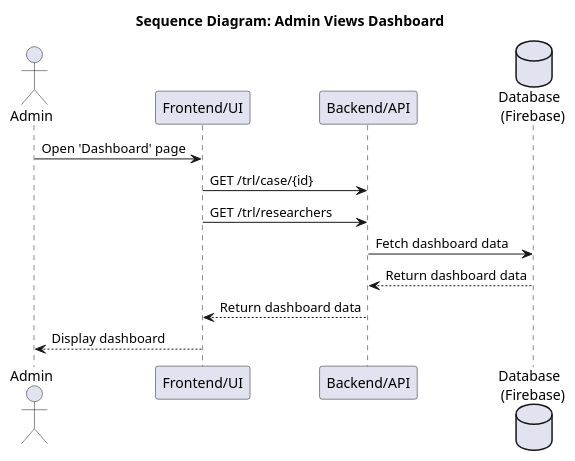
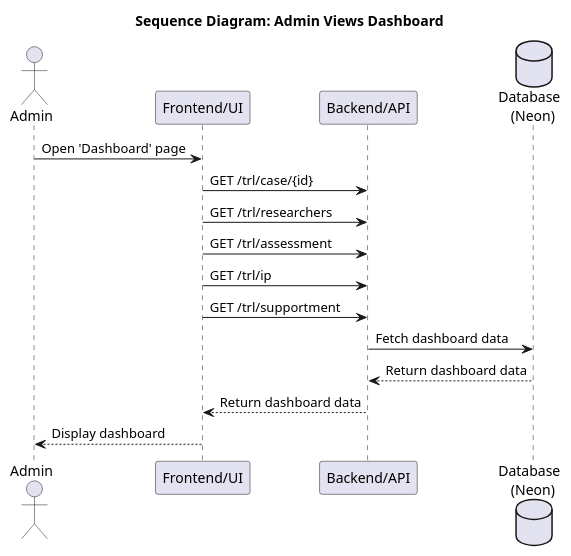
The diagram in sequence diagram/admin/admin_view_dashboard.puml (punyanuch-h/trl-research-frontend), drawn with PlantUML before and after one commit. The commit also changed 10 other files, not shown here.

Commit message:
fix(diagran): sequence

```diff
--- a/sequence diagram/admin/admin_view_dashboard.puml
+++ b/sequence diagram/admin/admin_view_dashboard.puml
@@ -1,17 +1,20 @@
 @startuml
 title Sequence Diagram: Admin Views Dashboard
 
 actor Admin
 participant "Frontend/UI" as UI
 participant "Backend/API" as API
-database "Database \n (Firebase)" as DB
+database "Database \n (Neon)" as DB
 
 Admin -> UI: Open 'Dashboard' page
 UI -> API: GET /trl/case/{id}
 UI -> API: GET /trl/researchers
+UI -> API: GET /trl/assessment
+UI -> API: GET /trl/ip
+UI -> API: GET /trl/supportment
 API -> DB: Fetch dashboard data
 DB --> API: Return dashboard data
 API --> UI: Return dashboard data
 UI --> Admin: Display dashboard
 
 @enduml
```
